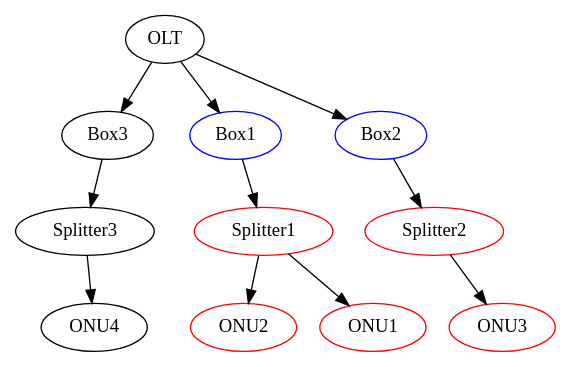
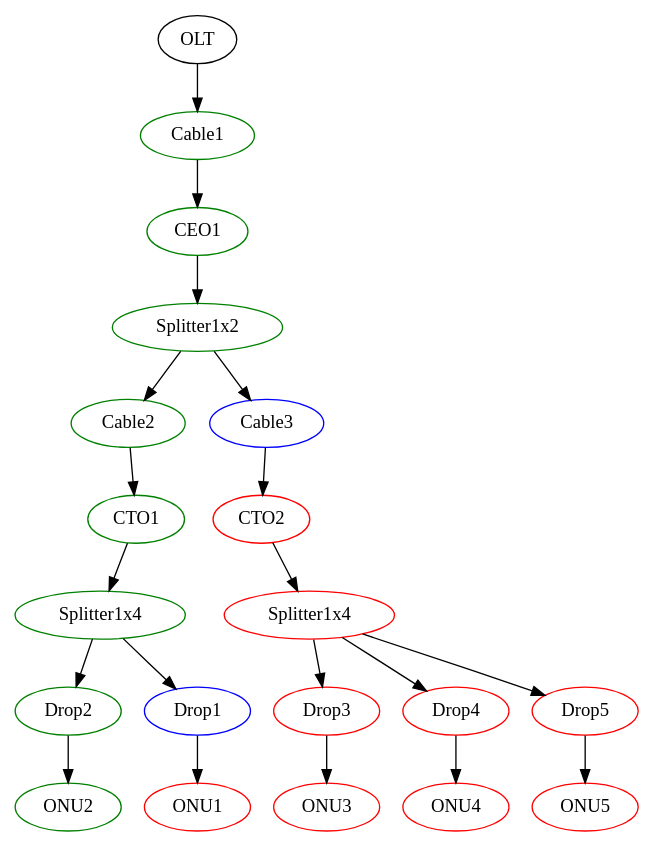
Before and after one commit to matheusrb95/fibergraph: the diagram in my-graph.gv, drawn with Graphviz. The commit also changed 3 other files, not shown here.

```diff
--- a/my-graph.gv
+++ b/my-graph.gv
@@ -1,46 +1,82 @@
 strict digraph {
 
 
-	"5" [ color="red", label="ONU2",  weight=0 ];
+	"1" [ color="black", label="OLT",  weight=0 ];
 
-	"7" [ color="black", label="ONU4",  weight=0 ];
+	"1" -> "2" [  weight=0 ];
 
-	"8" [ color="black", label="OLT",  weight=0 ];
+	"20" [ color="red", label="ONU5",  weight=0 ];
 
-	"8" -> "3" [  weight=0 ];
+	"3" [ color="green", label="CEO1",  weight=0 ];
 
-	"8" -> "1" [  weight=0 ];
+	"3" -> "4" [  weight=0 ];
 
-	"8" -> "2" [  weight=0 ];
+	"9" [ color="red", label="CTO2",  weight=0 ];
 
-	"1" [ color="blue", label="Box1",  weight=0 ];
+	"9" -> "10" [  weight=0 ];
 
-	"1" -> "9" [  weight=0 ];
+	"16" [ color="red", label="ONU1",  weight=0 ];
 
-	"9" [ color="red", label="Splitter1",  weight=0 ];
+	"18" [ color="red", label="ONU3",  weight=0 ];
 
-	"9" -> "4" [  weight=0 ];
+	"13" [ color="red", label="Drop3",  weight=0 ];
 
-	"9" -> "5" [  weight=0 ];
+	"13" -> "18" [  weight=0 ];
 
-	"3" [ color="black", label="Box3",  weight=0 ];
+	"14" [ color="red", label="Drop4",  weight=0 ];
 
-	"3" -> "11" [  weight=0 ];
+	"14" -> "19" [  weight=0 ];
 
-	"2" [ color="blue", label="Box2",  weight=0 ];
+	"7" [ color="green", label="Splitter1x4",  weight=0 ];
 
-	"2" -> "10" [  weight=0 ];
+	"7" -> "12" [  weight=0 ];
 
-	"10" [ color="red", label="Splitter2",  weight=0 ];
+	"7" -> "11" [  weight=0 ];
 
-	"10" -> "6" [  weight=0 ];
+	"19" [ color="red", label="ONU4",  weight=0 ];
 
-	"6" [ color="red", label="ONU3",  weight=0 ];
+	"5" [ color="green", label="Cable2",  weight=0 ];
 
-	"11" [ color="black", label="Splitter3",  weight=0 ];
+	"5" -> "6" [  weight=0 ];
 
-	"11" -> "7" [  weight=0 ];
+	"4" [ color="green", label="Splitter1x2",  weight=0 ];
 
-	"4" [ color="red", label="ONU1",  weight=0 ];
+	"4" -> "5" [  weight=0 ];
+
+	"4" -> "8" [  weight=0 ];
+
+	"6" [ color="green", label="CTO1",  weight=0 ];
+
+	"6" -> "7" [  weight=0 ];
+
+	"10" [ color="red", label="Splitter1x4",  weight=0 ];
+
+	"10" -> "13" [  weight=0 ];
+
+	"10" -> "14" [  weight=0 ];
+
+	"10" -> "15" [  weight=0 ];
+
+	"12" [ color="green", label="Drop2",  weight=0 ];
+
+	"12" -> "17" [  weight=0 ];
+
+	"11" [ color="blue", label="Drop1",  weight=0 ];
+
+	"11" -> "16" [  weight=0 ];
+
+	"8" [ color="blue", label="Cable3",  weight=0 ];
+
+	"8" -> "9" [  weight=0 ];
+
+	"15" [ color="red", label="Drop5",  weight=0 ];
+
+	"15" -> "20" [  weight=0 ];
+
+	"2" [ color="green", label="Cable1",  weight=0 ];
+
+	"2" -> "3" [  weight=0 ];
+
+	"17" [ color="green", label="ONU2",  weight=0 ];
 
 }
```
